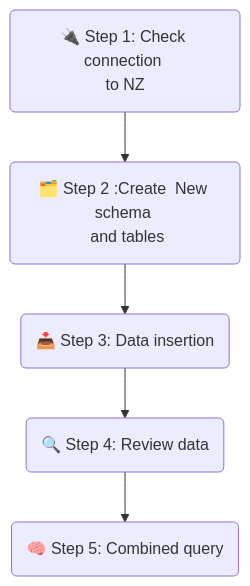
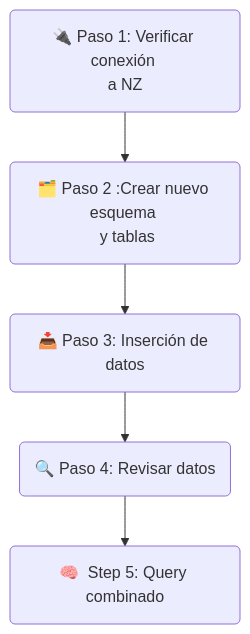
Before and after one commit to DayraP/watsonx.data-bootcamp: the diagram in Labs/Lab1_Data_Warehouse_Optimization/Lab_1_Data_Offload_Guide.md, drawn with Mermaid. The commit also changed other lines of this file, not shown here.

````diff
--- a/Labs/Lab1_Data_Warehouse_Optimization/Lab_1_Data_Offload_Guide.md
+++ b/Labs/Lab1_Data_Warehouse_Optimization/Lab_1_Data_Offload_Guide.md
@@ -52,8 +54,8 @@
 ```mermaid
 graph TD
-    A(🔌 Step 1: Check connection <br>to NZ)
-    A --> B(🗂️ Step 2 :Create  New schema <br> and tables)
-    B --> C(📥 Step 3: Data insertion)
-    C --> D(🔍 Step 4: Review data)
-    D --> E(🧠  Step 5: Combined query)
+    A(🔌 Paso 1: Verificar conexión <br>a NZ)
+    A --> B(🗂️ Paso 2 :Crear nuevo esquema <br> y tablas)
+    B --> C(📥 Paso 3: Inserción de datos)
+    C --> D(🔍 Paso 4: Revisar datos)
+    D --> E(🧠  Step 5: Query combinado)
 ```
````
